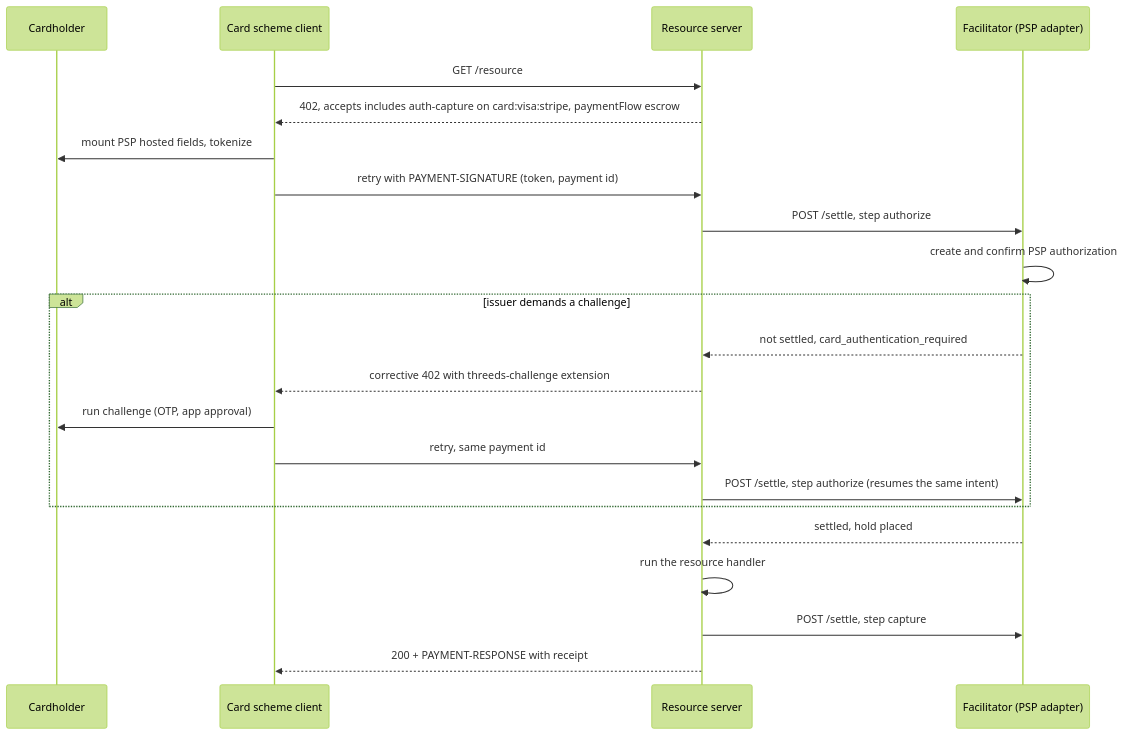
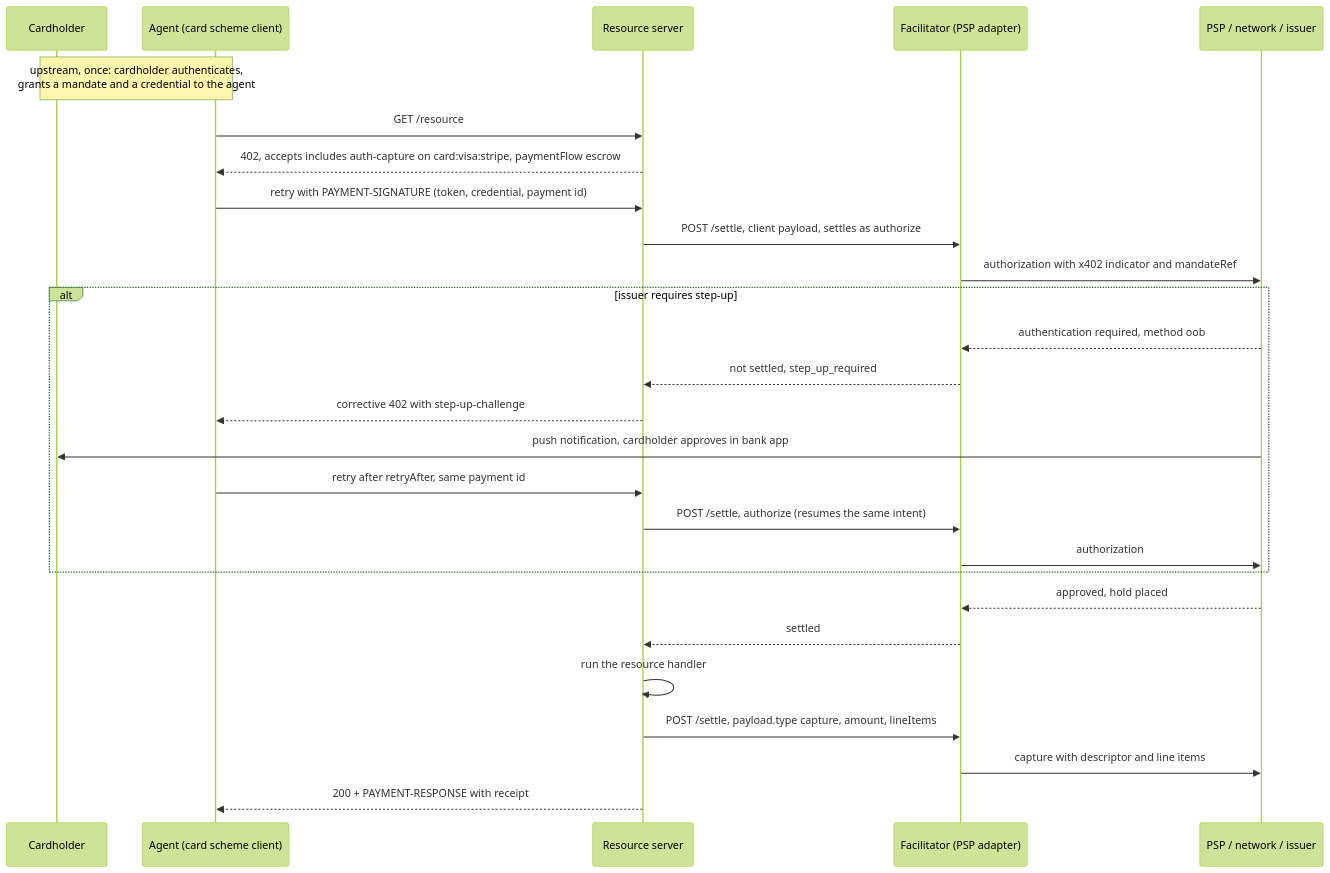
One commit to stefanoamorelli/x402 changed the second of 2 diagrams in specs/schemes/auth-capture/scheme_auth_capture_card.md. Above: the diagram before and after it, drawn with Mermaid (forest theme). The commit also changed other lines of this file, not shown here.

First line of the commit message:
docs(specs): define lifecycle payloads, credential provenance and extensions

````diff
--- a/specs/schemes/auth-capture/scheme_auth_capture_card.md
+++ b/specs/schemes/auth-capture/scheme_auth_capture_card.md
@@ -201,24 +370,29 @@
 ```mermaid
 sequenceDiagram
     participant U as Cardholder
-    participant C as Card scheme client
+    participant A as Agent (card scheme client)
     participant RS as Resource server
     participant F as Facilitator (PSP adapter)
-    C->>RS: GET /resource
-    RS-->>C: 402, accepts includes auth-capture on card:visa:stripe, paymentFlow escrow
-    C->>U: mount PSP hosted fields, tokenize
-    C->>RS: retry with PAYMENT-SIGNATURE (token, payment id)
-    RS->>F: POST /settle, step authorize
-    F->>F: create and confirm PSP authorization
-    alt issuer demands a challenge
-        F-->>RS: not settled, card_authentication_required
-        RS-->>C: corrective 402 with threeds-challenge extension
-        C->>U: run challenge (OTP, app approval)
-        C->>RS: retry, same payment id
-        RS->>F: POST /settle, step authorize (resumes the same intent)
+    participant N as PSP / network / issuer
+    Note over U,A: upstream, once: cardholder authenticates,<br/>grants a mandate and a credential to the agent
+    A->>RS: GET /resource
+    RS-->>A: 402, accepts includes auth-capture on card:visa:stripe, paymentFlow escrow
+    A->>RS: retry with PAYMENT-SIGNATURE (token, credential, payment id)
+    RS->>F: POST /settle, client payload, settles as authorize
+    F->>N: authorization with x402 indicator and mandateRef
+    alt issuer requires step-up
+        N-->>F: authentication required, method oob
+        F-->>RS: not settled, step_up_required
+        RS-->>A: corrective 402 with step-up-challenge
+        N->>U: push notification, cardholder approves in bank app
+        A->>RS: retry after retryAfter, same payment id
+        RS->>F: POST /settle, authorize (resumes the same intent)
+        F->>N: authorization
     end
-    F-->>RS: settled, hold placed
+    N-->>F: approved, hold placed
+    F-->>RS: settled
     RS->>RS: run the resource handler
-    RS->>F: POST /settle, step capture
-    RS-->>C: 200 + PAYMENT-RESPONSE with receipt
+    RS->>F: POST /settle, payload.type capture, amount, lineItems
+    F->>N: capture with descriptor and line items
+    RS-->>A: 200 + PAYMENT-RESPONSE with receipt
 ```
````
